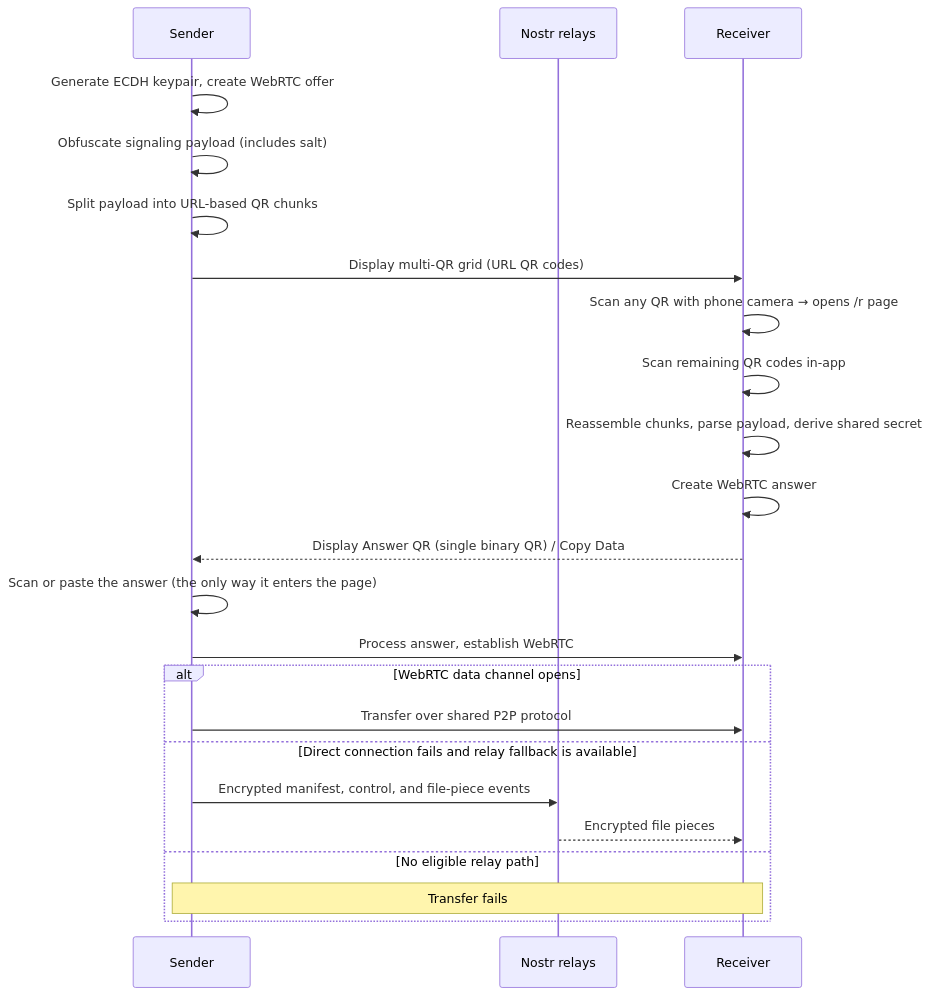
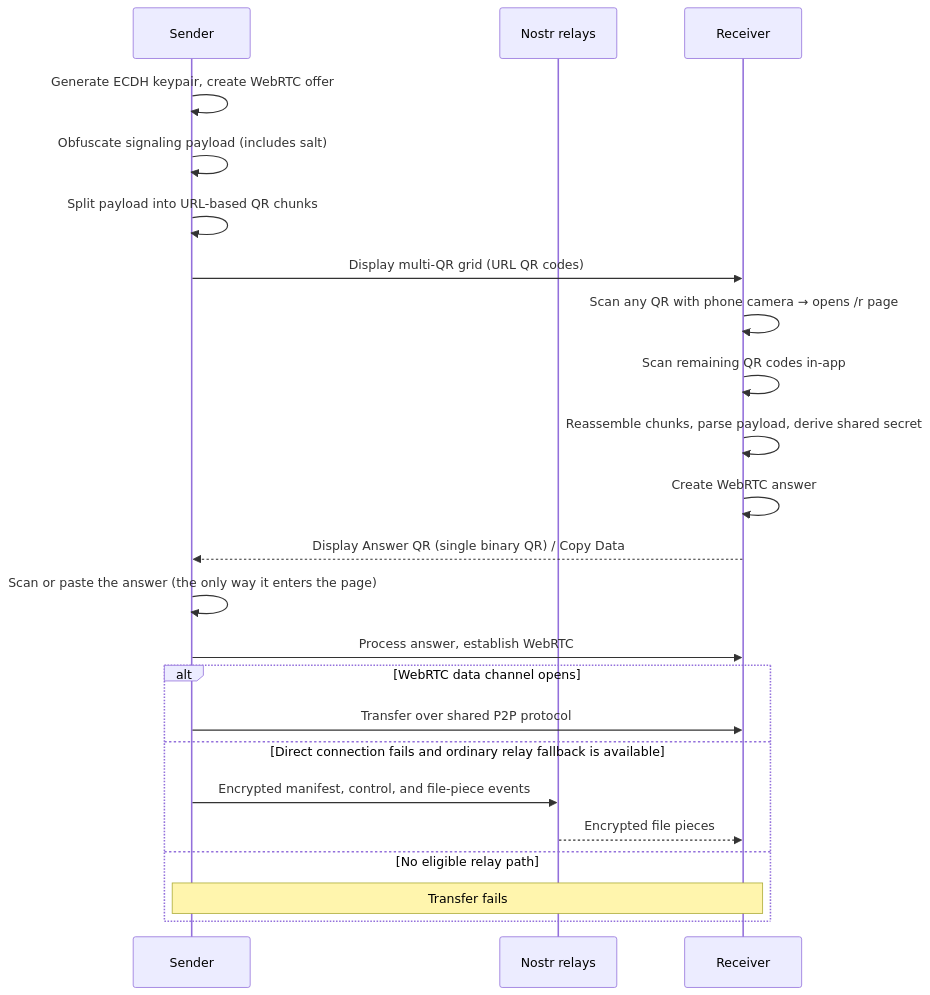
Before and after one commit to andrewtheguy/ptransfer: the fourth of 5 diagrams in docs/ARCHITECTURE.md, drawn with Mermaid. The commit also changed other lines of this file and 10 other files, not shown here.

````diff
--- a/docs/ARCHITECTURE.md
+++ b/docs/ARCHITECTURE.md
@@ -152,25 +155,25 @@
 ```mermaid
 sequenceDiagram
     participant Sender
     participant Relays as Nostr relays
     participant Receiver
     Sender->>Sender: Generate ECDH keypair, create WebRTC offer
     Sender->>Sender: Obfuscate signaling payload (includes salt)
     Sender->>Sender: Split payload into URL-based QR chunks
     Sender->>Receiver: Display multi-QR grid (URL QR codes)
     Receiver->>Receiver: Scan any QR with phone camera → opens /r page
     Receiver->>Receiver: Scan remaining QR codes in-app
     Receiver->>Receiver: Reassemble chunks, parse payload, derive shared secret
     Receiver->>Receiver: Create WebRTC answer
     Receiver-->>Sender: Display Answer QR (single binary QR) / Copy Data
     Sender->>Sender: Scan or paste the answer (the only way it enters the page)
     Sender->>Receiver: Process answer, establish WebRTC
     alt WebRTC data channel opens
         Sender->>Receiver: Transfer over shared P2P protocol
-    else Direct connection fails and relay fallback is available
+    else Direct connection fails and ordinary relay fallback is available
         Sender->>Relays: Encrypted manifest, control, and file-piece events
         Relays-->>Receiver: Encrypted file pieces
     else No eligible relay path
         Note over Sender,Receiver: Transfer fails
     end
 ```
````
